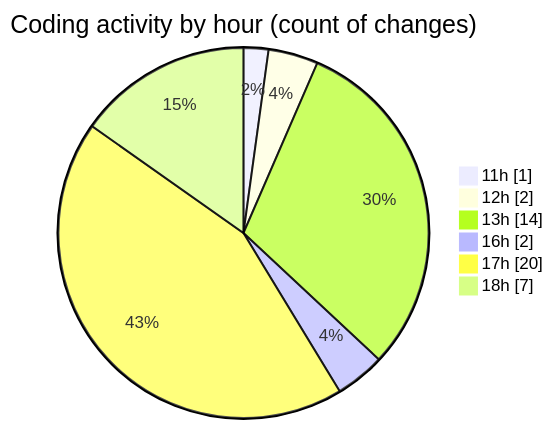
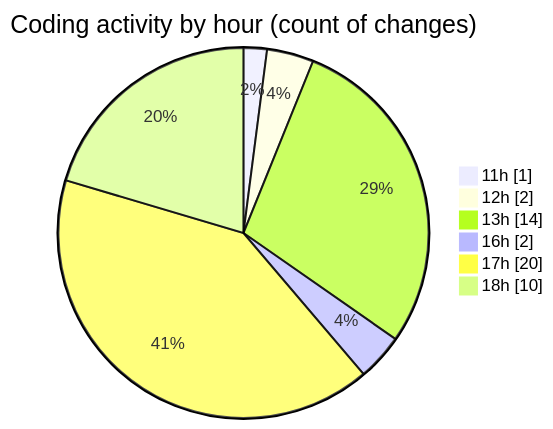
The second of 2 diagrams in 2025-05-23/nxtqube_webapp/README.md (nxtqubesakshisongat/code-tracking), drawn with Mermaid before and after one commit. The commit also changed other lines of this file and 1 other file, not shown here.

````diff
--- a/2025-05-23/nxtqube_webapp/README.md
+++ b/2025-05-23/nxtqube_webapp/README.md
@@ -31,10 +31,10 @@
 ```mermaid
 pie showData
 title Coding activity by hour (count of changes)
 "11h" : 1
 "12h" : 2
 "13h" : 14
 "16h" : 2
 "17h" : 20
-"18h" : 7
+"18h" : 10
 ```
````
